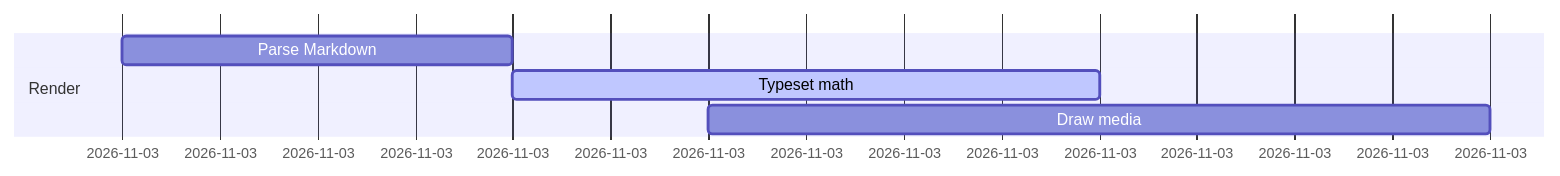
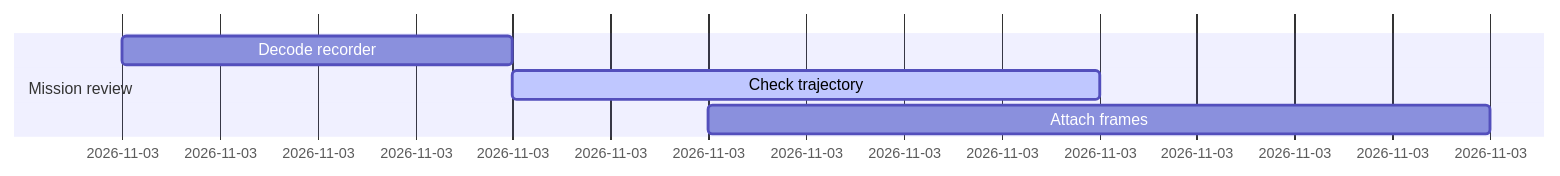
One commit to Desiment/opentui-markdown-render changed diagram 13 of 35 in examples/mermaid.md. Above: the diagram before and after it, drawn with Mermaid. The commit also changed other lines of this file and 36 other files, not shown here.

````diff
--- a/examples/mermaid.md
+++ b/examples/mermaid.md
@@ -166,8 +170,8 @@
 ```mermaid
 gantt
   dateFormat s
-  section Render
-  Parse Markdown :0, 2
-  Typeset math :active, 2, 5
-  Draw media :3, 7
+  section Mission review
+  Decode recorder :0, 2
+  Check trajectory :active, 2, 5
+  Attach frames :3, 7
 ```
````
